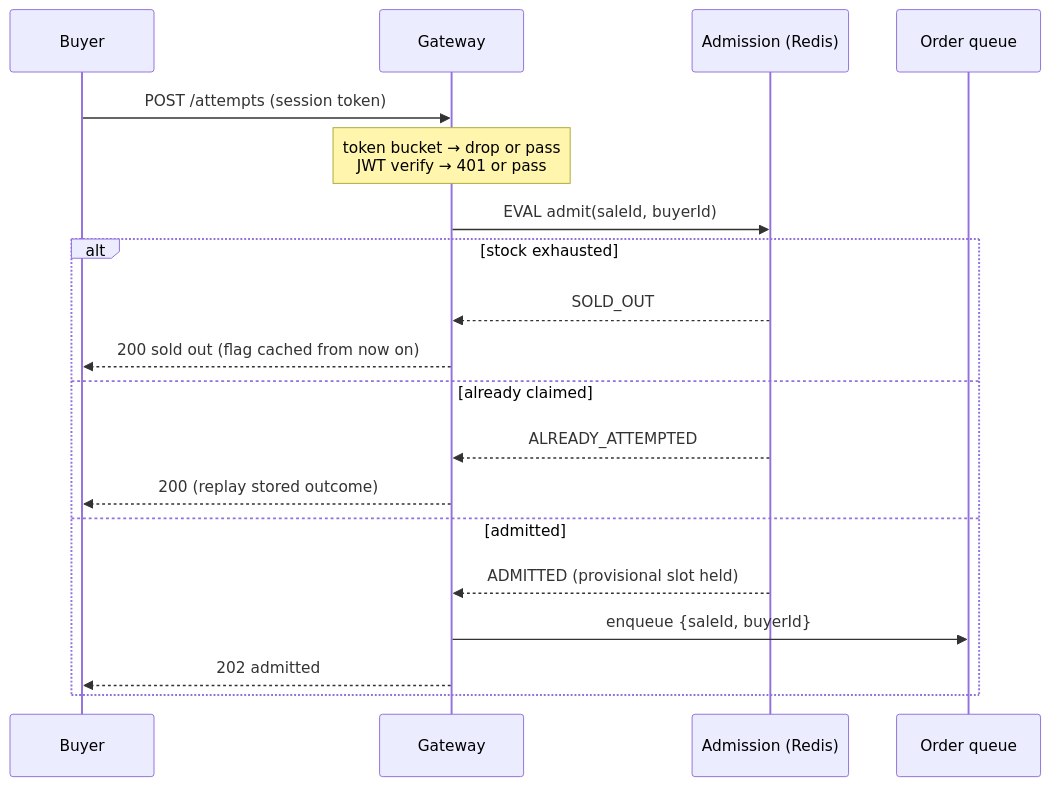
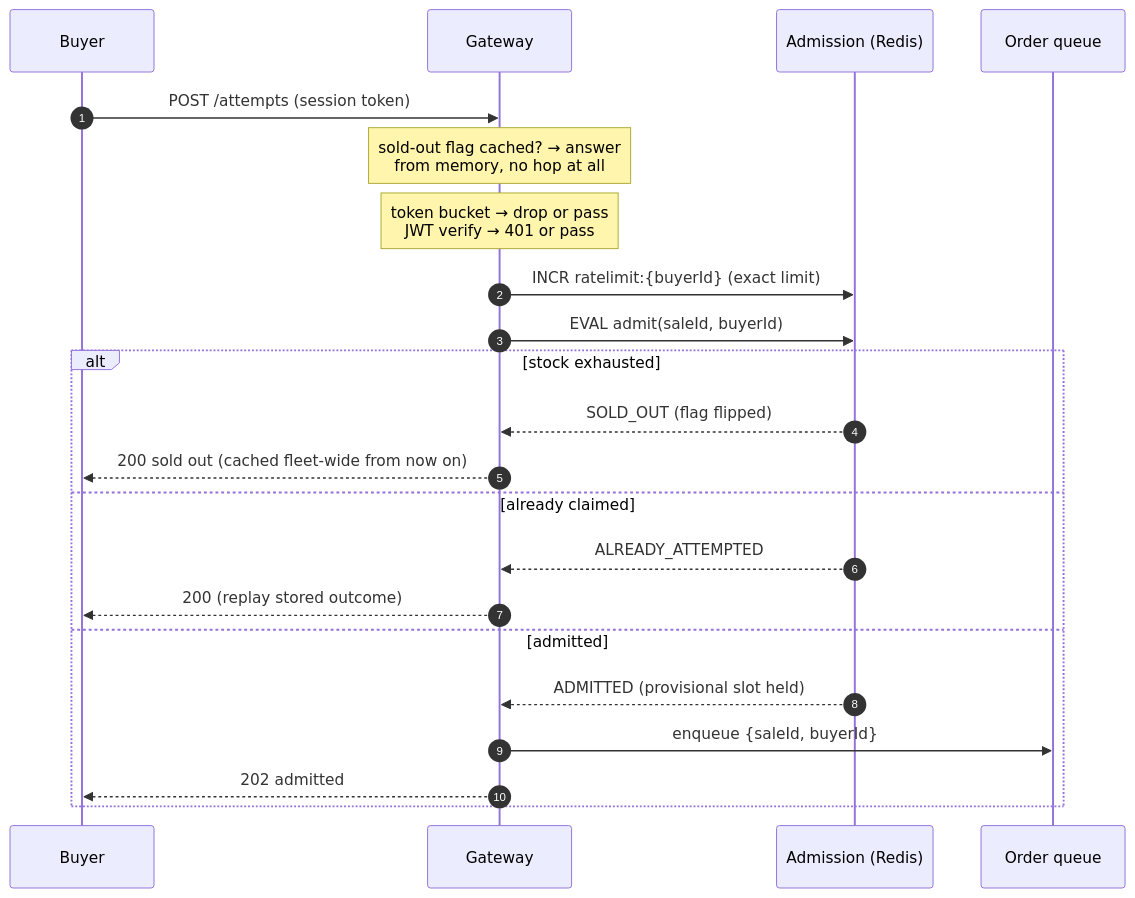
The third of 4 diagrams in flash-sale-inventory/docs/hld.md (quannh0308/SystemDesignDeepDives), drawn with Mermaid before and after one commit. The commit also changed other lines of this file and 1 other file, not shown here.

Commit message:
flash-sale-inventory: deepen hld.md §1-§8 to uber-like-rides altitude — state machine, budgets, schemas, crash matrix, scorecards

````diff
--- a/flash-sale-inventory/docs/hld.md
+++ b/flash-sale-inventory/docs/hld.md
@@ -221,21 +291,24 @@
 ```mermaid
 sequenceDiagram
+    autonumber
     participant B as Buyer
     participant G as Gateway
     participant R as Admission (Redis)
     participant Q as Order queue
     B->>G: POST /attempts (session token)
+    Note over G: sold-out flag cached? → answer<br/>from memory, no hop at all
     Note over G: token bucket → drop or pass<br/>JWT verify → 401 or pass
+    G->>R: INCR ratelimit:{buyerId} (exact limit)
     G->>R: EVAL admit(saleId, buyerId)
     alt stock exhausted
-        R-->>G: SOLD_OUT
-        G-->>B: 200 sold out (flag cached from now on)
+        R-->>G: SOLD_OUT (flag flipped)
+        G-->>B: 200 sold out (cached fleet-wide from now on)
     else already claimed
         R-->>G: ALREADY_ATTEMPTED
         G-->>B: 200 (replay stored outcome)
     else admitted
         R-->>G: ADMITTED (provisional slot held)
         G->>Q: enqueue {saleId, buyerId}
         G-->>B: 202 admitted
     end
 ```
````
